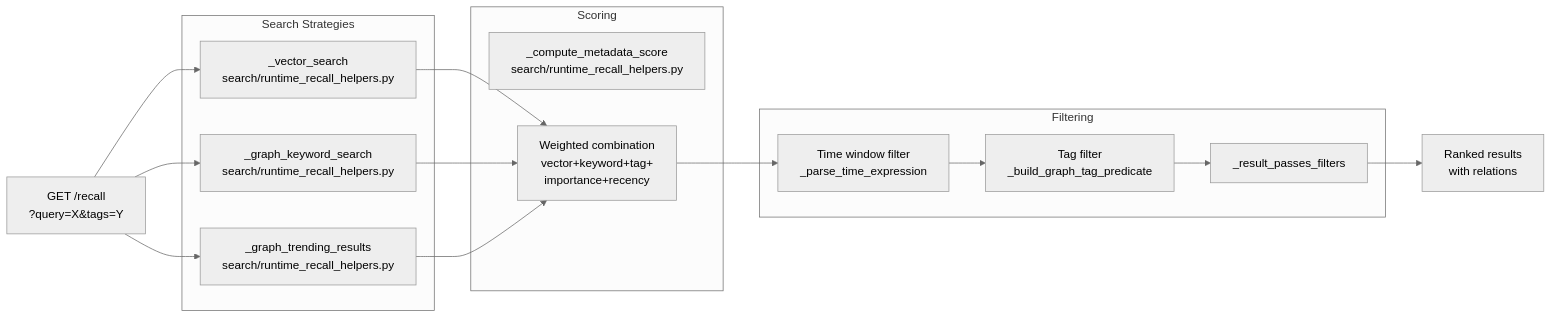
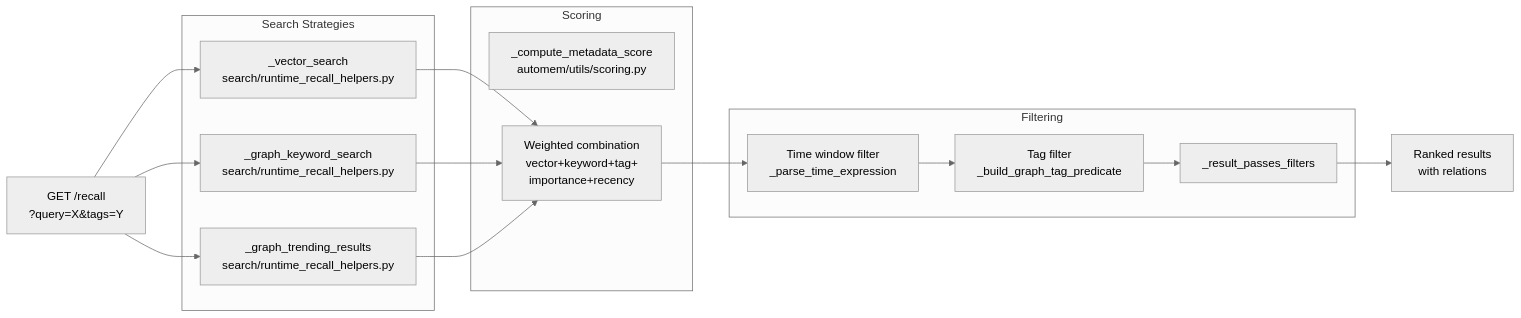
Before and after one commit to verygoodplugins/automem-website: the first of 4 diagrams in src/content/docs/docs/reference/api/recall-operations.md, drawn with Mermaid (neutral theme). The commit also changed other lines of this file, not shown here.

First line of the commit message:
docs: fix drift in Recall Operations page

````diff
--- a/src/content/docs/docs/reference/api/recall-operations.md
+++ b/src/content/docs/docs/reference/api/recall-operations.md
@@ -104,35 +104,35 @@
 ```mermaid
 graph LR
     Request["GET /recall<br/>?query=X&tags=Y"]
 
     subgraph "Search Strategies"
         Vector["_vector_search<br/>search/runtime_recall_helpers.py"]
         Keyword["_graph_keyword_search<br/>search/runtime_recall_helpers.py"]
         Trending["_graph_trending_results<br/>search/runtime_recall_helpers.py"]
     end
 
     subgraph "Scoring"
-        Compute["_compute_metadata_score<br/>search/runtime_recall_helpers.py"]
+        Compute["_compute_metadata_score<br/>automem/utils/scoring.py"]
         Combine["Weighted combination<br/>vector+keyword+tag+<br/>importance+recency"]
     end
 
     subgraph "Filtering"
         Time["Time window filter<br/>_parse_time_expression"]
         Tags["Tag filter<br/>_build_graph_tag_predicate"]
         ResultFilter["_result_passes_filters"]
     end
 
     Request --> Vector
     Request --> Keyword
     Request --> Trending
 
     Vector --> Combine
     Keyword --> Combine
     Trending --> Combine
 
     Combine --> Time
     Time --> Tags
     Tags --> ResultFilter
 
     ResultFilter --> Response["Ranked results<br/>with relations"]
 ```
````
